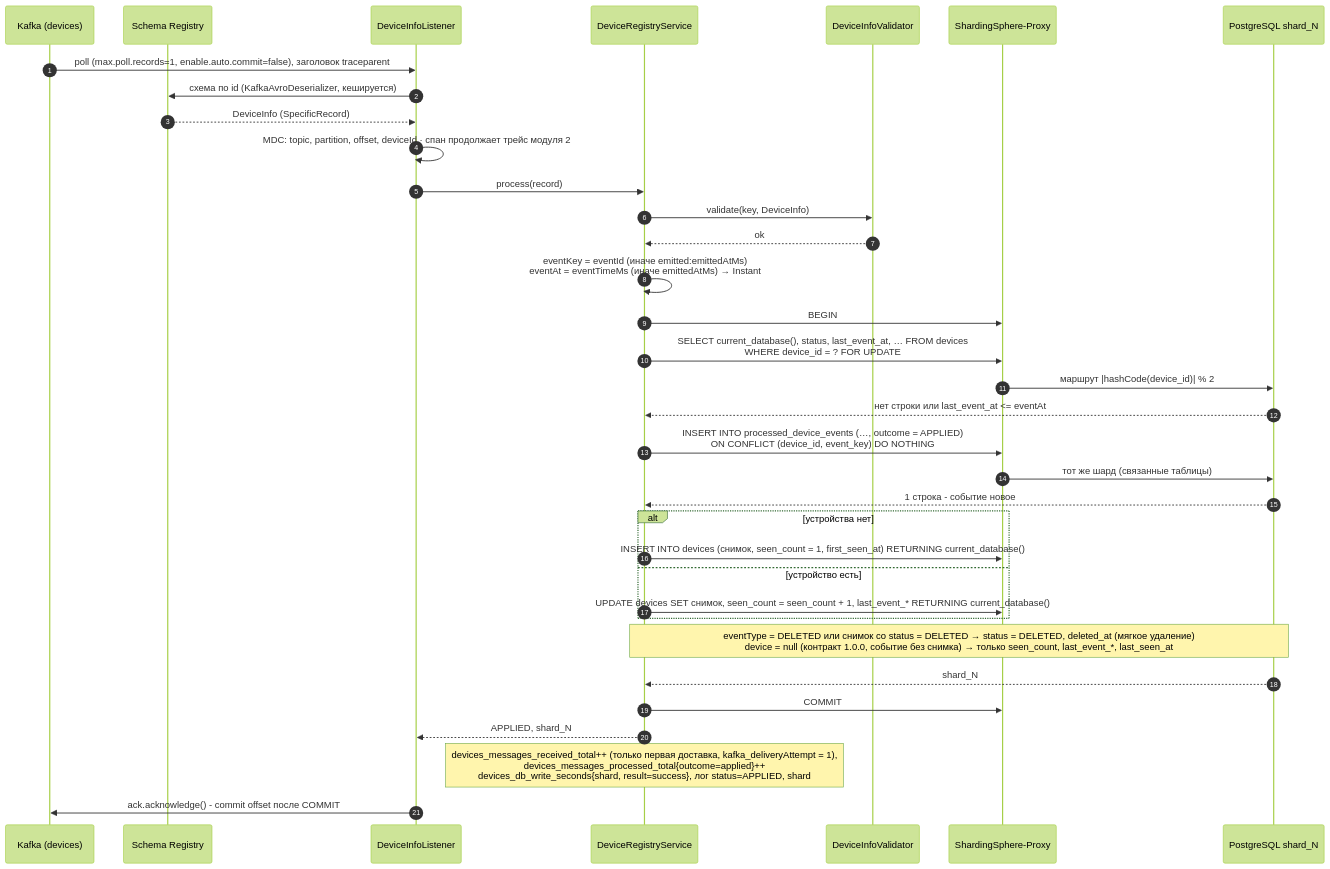
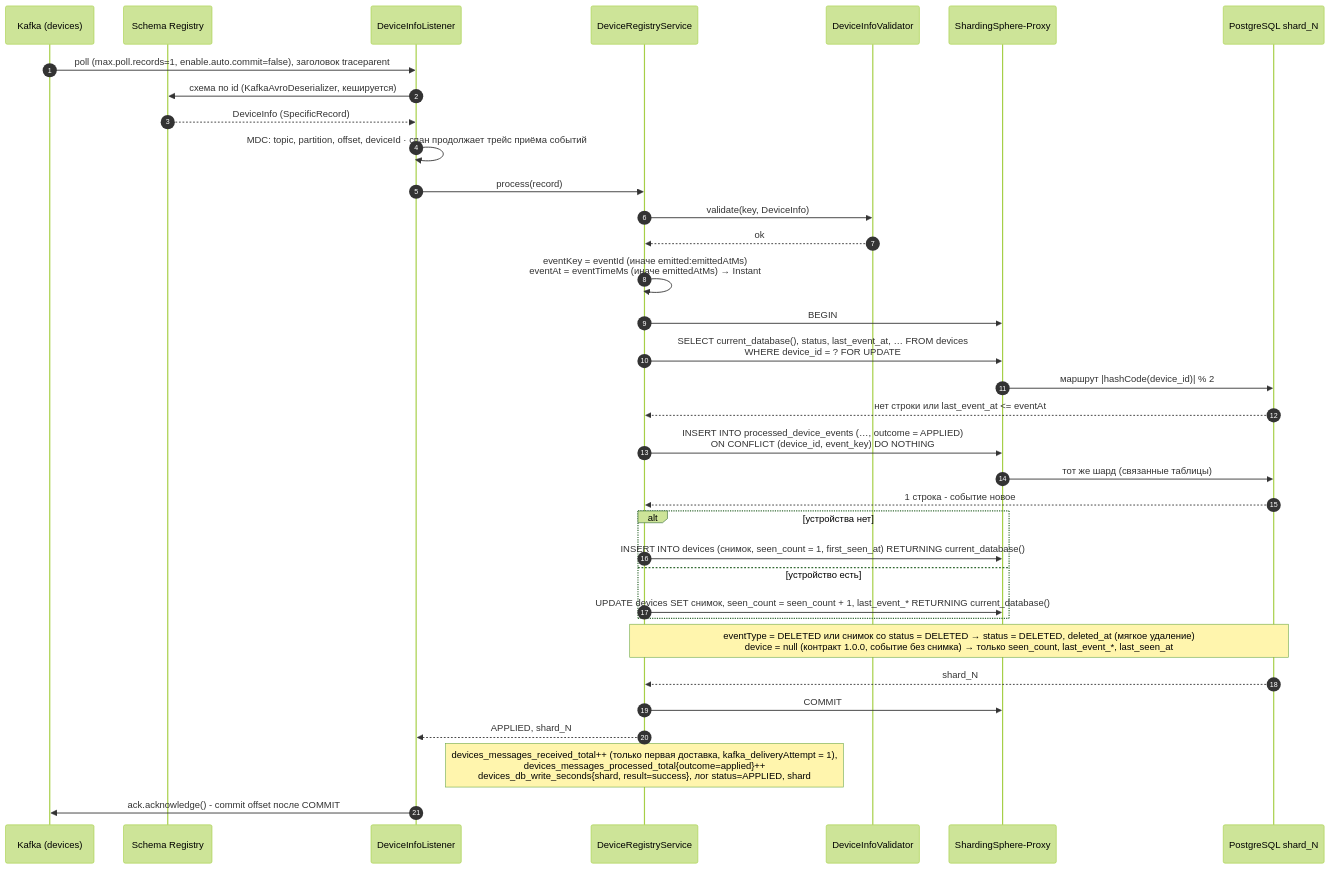
The diagram in diagrams/dcs-success-sequence.mmd (gluhov-d/iot-platform), drawn with Mermaid (forest theme) before and after one commit. The commit also changed 29 other files, not shown here.

```diff
--- a/diagrams/dcs-success-sequence.mmd
+++ b/diagrams/dcs-success-sequence.mmd
@@ -1,37 +1,37 @@
 %% device-collector-service: новое событие устройства (первое появление или новее сохранённого)
 sequenceDiagram
     autonumber
     participant K as Kafka (devices)
     participant SR as Schema Registry
     participant L as DeviceInfoListener
     participant S as DeviceRegistryService
     participant V as DeviceInfoValidator
     participant P as ShardingSphere-Proxy
     participant DB as PostgreSQL shard_N
 
     K->>L: poll (max.poll.records=1, enable.auto.commit=false), заголовок traceparent
     L->>SR: схема по id (KafkaAvroDeserializer, кешируется)
     SR-->>L: DeviceInfo (SpecificRecord)
-    L->>L: MDC: topic, partition, offset, deviceId · спан продолжает трейс модуля 2
+    L->>L: MDC: topic, partition, offset, deviceId · спан продолжает трейс приёма событий
     L->>S: process(record)
     S->>V: validate(key, DeviceInfo)
     V-->>S: ok
     S->>S: eventKey = eventId (иначе emitted:emittedAtMs)<br/>eventAt = eventTimeMs (иначе emittedAtMs) → Instant
     S->>P: BEGIN
     S->>P: SELECT current_database(), status, last_event_at, … FROM devices<br/>WHERE device_id = ? FOR UPDATE
     P->>DB: маршрут |hashCode(device_id)| % 2
     DB-->>S: нет строки или last_event_at <= eventAt
     S->>P: INSERT INTO processed_device_events (…, outcome = APPLIED)<br/>ON CONFLICT (device_id, event_key) DO NOTHING
     P->>DB: тот же шард (связанные таблицы)
     DB-->>S: 1 строка - событие новое
     alt устройства нет
         S->>P: INSERT INTO devices (снимок, seen_count = 1, first_seen_at) RETURNING current_database()
     else устройство есть
         S->>P: UPDATE devices SET снимок, seen_count = seen_count + 1, last_event_* RETURNING current_database()
     end
     Note over S,DB: eventType = DELETED или снимок со status = DELETED → status = DELETED, deleted_at (мягкое удаление)<br/>device = null (контракт 1.0.0, событие без снимка) → только seen_count, last_event_*, last_seen_at
     DB-->>S: shard_N
     S->>P: COMMIT
     S-->>L: APPLIED, shard_N
     Note over S: devices_messages_received_total++ (только первая доставка, kafka_deliveryAttempt = 1),<br/>devices_messages_processed_total{outcome=applied}++<br/>devices_db_write_seconds{shard, result=success}, лог status=APPLIED, shard
     L->>K: ack.acknowledge() - commit offset после COMMIT
```
